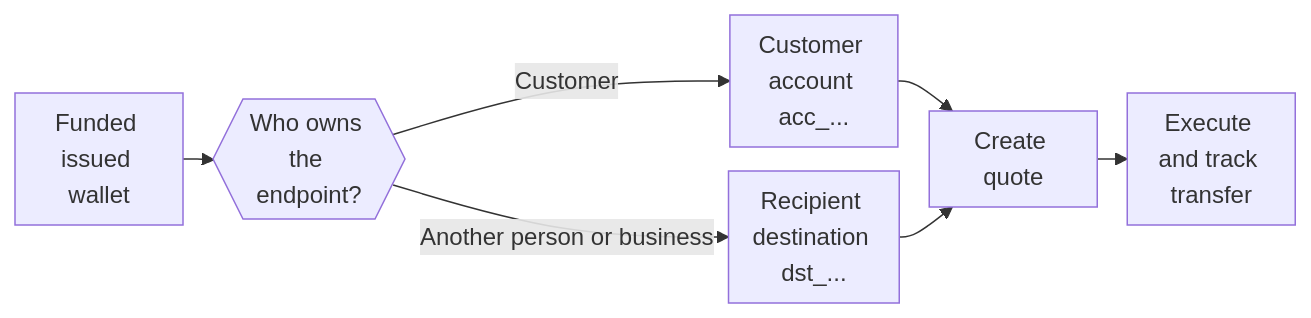
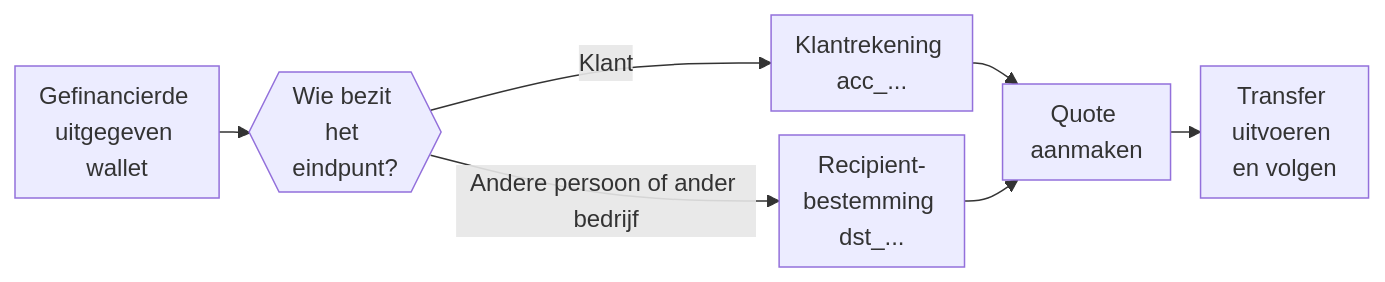
One commit to swipelux/public-docs changed the diagram in nl/integration/send-funds.mdx. Above: the diagram before and after it, drawn with Mermaid. The commit also changed other lines of this file and 285 other files, not shown here.

````diff
--- a/nl/integration/send-funds.mdx
+++ b/nl/integration/send-funds.mdx
@@ -8,10 +8,10 @@
 ```mermaid
 %%{init: {"flowchart": {"rankSpacing": 20, "nodeSpacing": 16, "wrappingWidth": 80, "padding": 8}}}%%
 flowchart LR
-  A["Funded issued wallet"] --> B{{"Who owns the endpoint?"}}
-  B -->|"Customer"| C["Customer account acc_..."]
-  B -->|"Another person or business"| D["Recipient destination dst_..."]
-  C --> E["Create quote"]
+  A["Gefinancierde uitgegeven wallet"] --> B{{"Wie bezit het eindpunt?"}}
+  B -->|"Klant"| C["Klantrekening acc_..."]
+  B -->|"Andere persoon of ander bedrijf"| D["Recipient-bestemming dst_..."]
+  C --> E["Quote aanmaken"]
   D --> E
-  E --> F["Execute and track transfer"]
+  E --> F["Transfer uitvoeren en volgen"]
 ```
````
